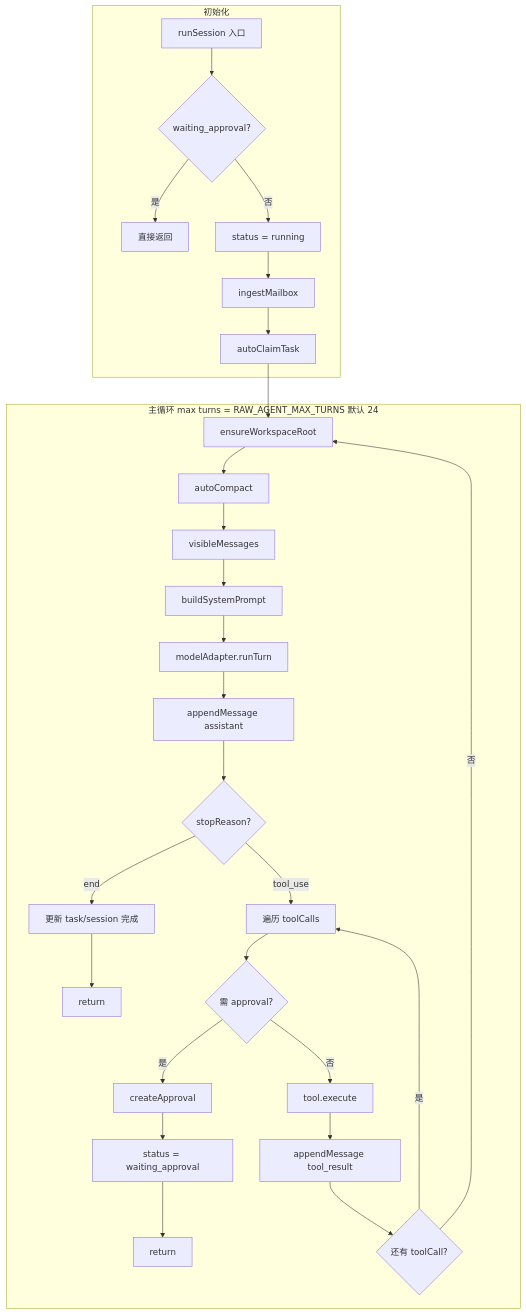
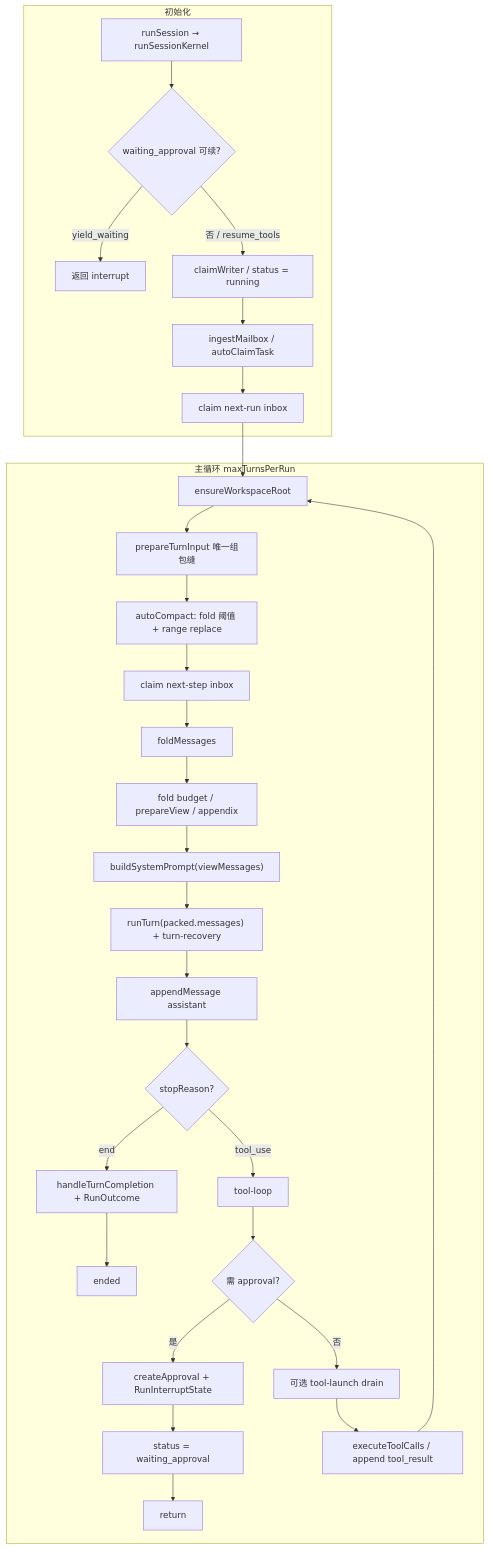
Before and after one commit to magele758/ppeng-agent-core: the first of 8 diagrams in doc/ARCHITECTURE.md, drawn with Mermaid. The commit also changed other lines of this file and 2 other files, not shown here.

Commit message:
docs: align architecture with WAL fold and L0-L6 subpaths
Replace visibleMessages / last-24-as-model-path in ARCHITECTURE with
prepareTurnInput → foldMessages and range-replace compact. Record that
L0–L6 landed as directory+export subpaths without a new npm package,
and that runtime.ts is still ~1784 lines.

````diff
--- a/doc/ARCHITECTURE.md
+++ b/doc/ARCHITECTURE.md
@@ -159,32 +166,33 @@
 ```mermaid
 flowchart TB
     subgraph init [初始化]
-        A[runSession 入口] --> B{waiting_approval?}
-        B -->|是| Z1[直接返回]
-        B -->|否| C[status = running]
-        C --> D[ingestMailbox]
-        D --> E[autoClaimTask]
+        A[runSession → runSessionKernel] --> B{waiting_approval 可续?}
+        B -->|yield_waiting| Z1[返回 interrupt]
+        B -->|否 / resume_tools| C[claimWriter / status = running]
+        C --> D[ingestMailbox / autoClaimTask]
+        D --> E[claim next-run inbox]
     end
 
-    subgraph loop [主循环 max turns = RAW_AGENT_MAX_TURNS 默认 24]
+    subgraph loop [主循环 maxTurnsPerRun]
         E --> F[ensureWorkspaceRoot]
-        F --> G[autoCompact]
-        G --> H[visibleMessages]
-        H --> I[buildSystemPrompt]
-        I --> J[modelAdapter.runTurn]
+        F --> G["prepareTurnInput 唯一组包缝"]
+        G --> G1[autoCompact: fold 阈值 + range replace]
+        G1 --> G2[claim next-step inbox]
+        G2 --> G3[foldMessages]
+        G3 --> G4[fold budget / prepareView / appendix]
+        G4 --> I["buildSystemPrompt(viewMessages)"]
+        I --> J["runTurn(packed.messages) + turn-recovery"]
         J --> K[appendMessage assistant]
         K --> L{stopReason?}
-        L -->|end| M[更新 task/session 完成]
-        M --> Z2[return]
-        L -->|tool_use| N[遍历 toolCalls]
+        L -->|end| M[handleTurnCompletion + RunOutcome]
+        M --> Z2[ended]
+        L -->|tool_use| N[tool-loop]
         N --> O{需 approval?}
-        O -->|是| P[createApproval]
+        O -->|是| P[createApproval + RunInterruptState]
         P --> Q[status = waiting_approval]
         Q --> Z3[return]
-        O -->|否| R[tool.execute]
-        R --> S[appendMessage tool_result]
-        S --> T{还有 toolCall?}
-        T -->|是| N
-        T -->|否| F
+        O -->|否| R[可选 tool-launch drain]
+        R --> S[executeToolCalls / append tool_result]
+        S --> F
     end
 ```
````
